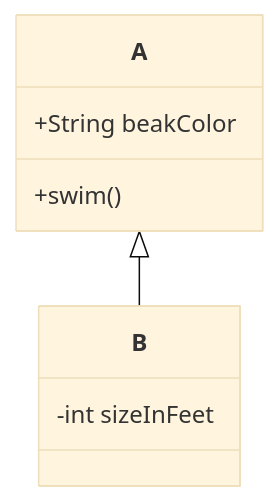
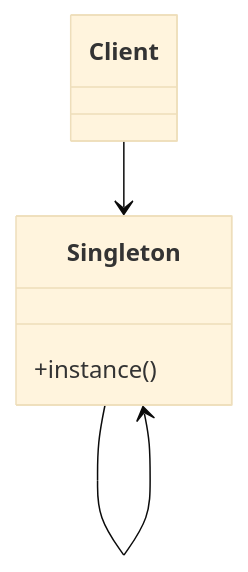
One commit to MyFavoriteCodingStudy/gof-design-patterns changed the ninth of 28 diagrams in jslee/readme.md. Above: the diagram before and after it, drawn with Mermaid (base theme). The commit also changed other lines of this file, not shown here.

````diff
--- a/jslee/readme.md
+++ b/jslee/readme.md
@@ -190,11 +362,8 @@
 ```mermaid
 classDiagram
-    A <|-- B
-      class A{
-          +String beakColor
-          +swim()
-      }
-      class B{
-          -int sizeInFeet
-      }
+Singleton --> Singleton
+Client --> Singleton
+class Singleton {
+    +instance()
+}
 ```
````
